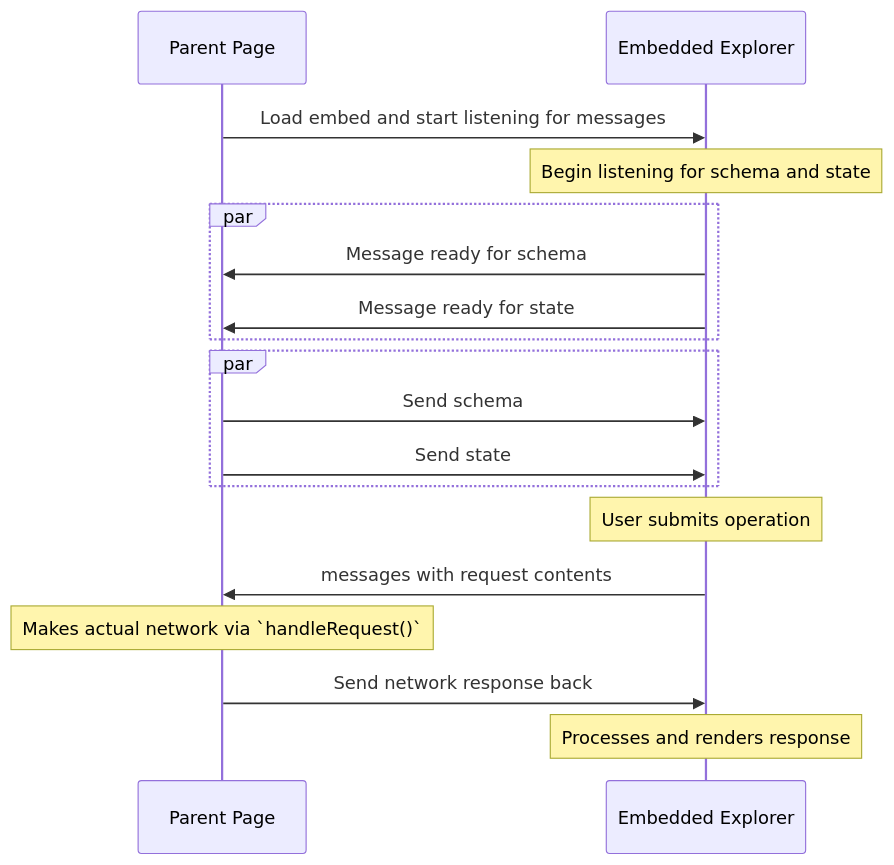
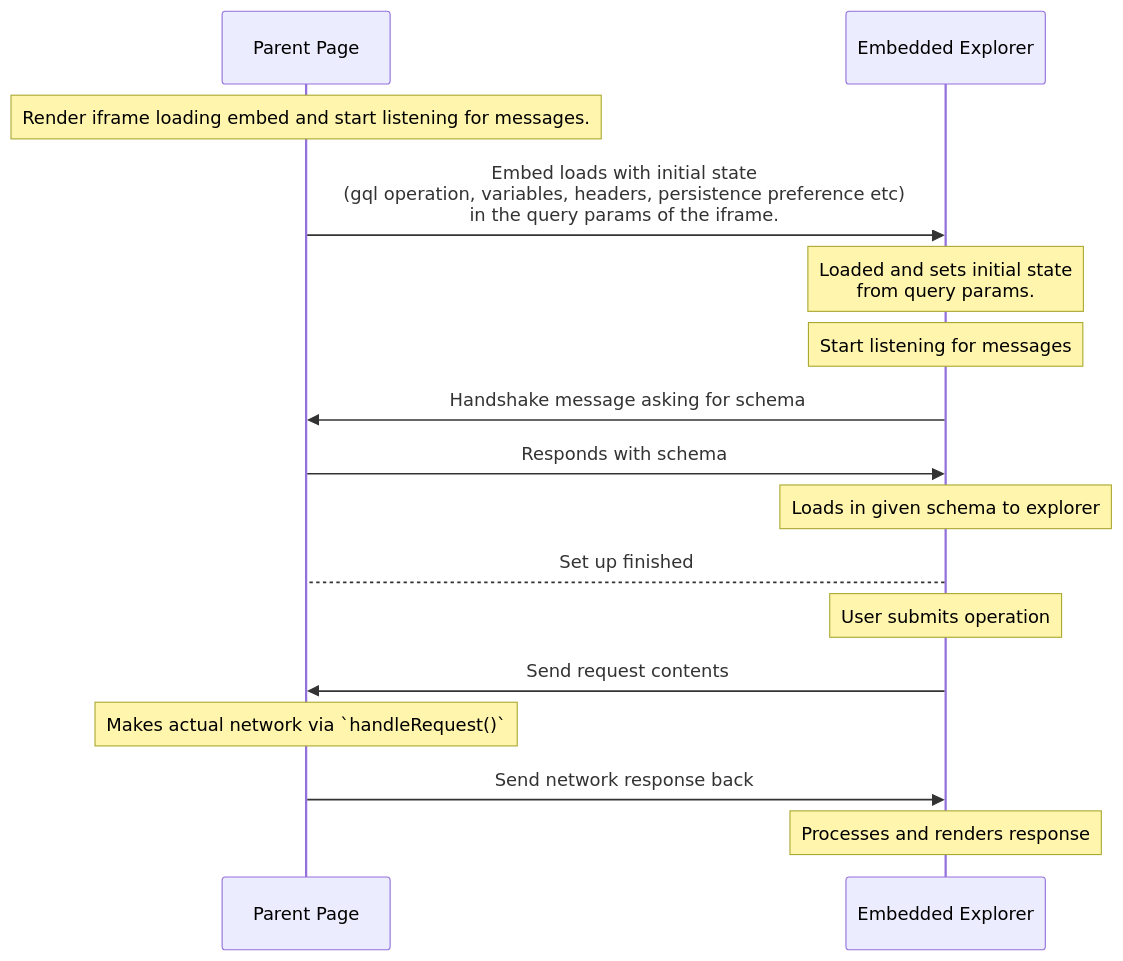
The first of 2 diagrams in packages/explorer/README.md (apollographql/embeddable-explorer), drawn with Mermaid before and after one commit. The commit also changed other lines of this file, not shown here.

````diff
--- a/packages/explorer/README.md
+++ b/packages/explorer/README.md
@@ -102,24 +102,23 @@
 ```mermaid
 sequenceDiagram
     participant Parent as Parent Page
     participant Embed as Embedded Explorer
 
-    Parent->>Embed: Load embed and start listening for messages
+    note over Parent: Render iframe loading embed and start listening for messages.
+    Parent->>Embed: Embed loads with initial state <br>(gql operation, variables, headers, persistence preference etc) <br>in the query params of the iframe.
+    note over Embed: Loaded and sets initial state<br> from query params.
+    note over Embed: Start listening for messages
 
-    note over Embed: Begin listening for schema and state
+    Embed->>Parent: Handshake message asking for schema
+    Parent->>Embed: Responds with schema
 
-    par #parallel
-      Embed->>Parent: Message ready for schema
-      Embed->>Parent: Message ready for state
-    end
-    par #parallel
-      Parent->>Embed: Send schema
-      Parent->>Embed: Send state 
-    end 
+    note over Embed: Loads in given schema to explorer
+
+    Embed --> Parent: Set up finished
     
     note over Embed: User submits operation
-    Embed->>Parent: messages with request contents
+    Embed->>Parent: Send request contents
     note over Parent: Makes actual network via `handleRequest()`
     Parent->>Embed: Send network response back
     note over Embed: Processes and renders response
 ```
````
